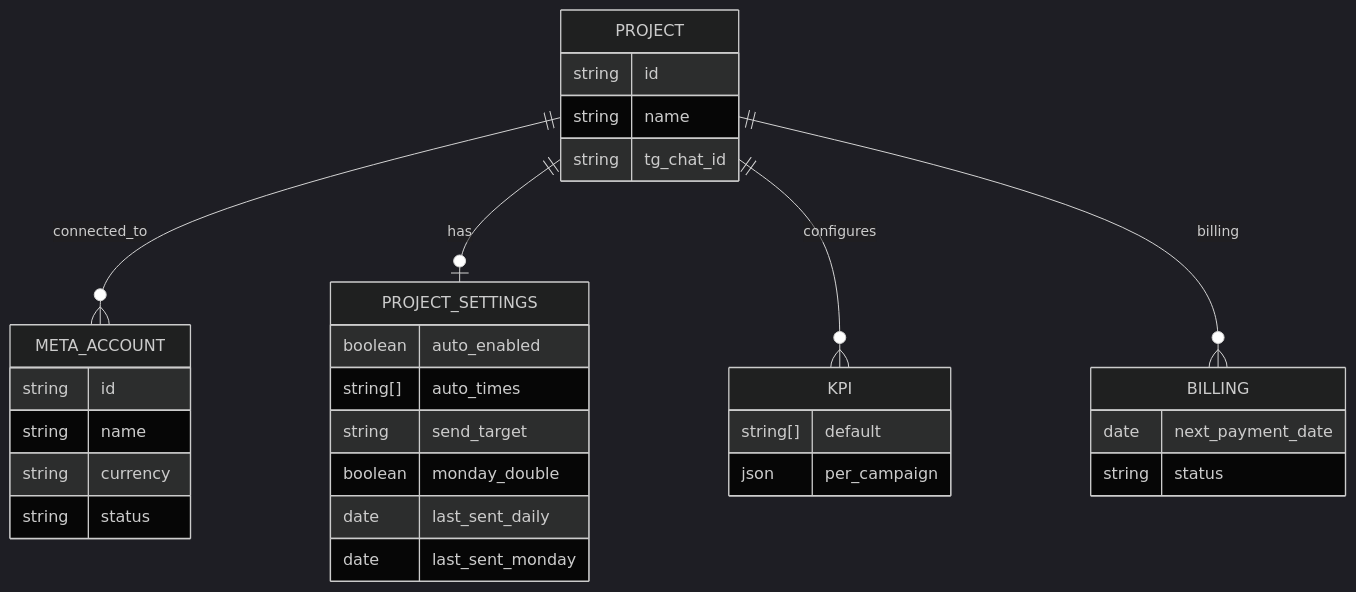
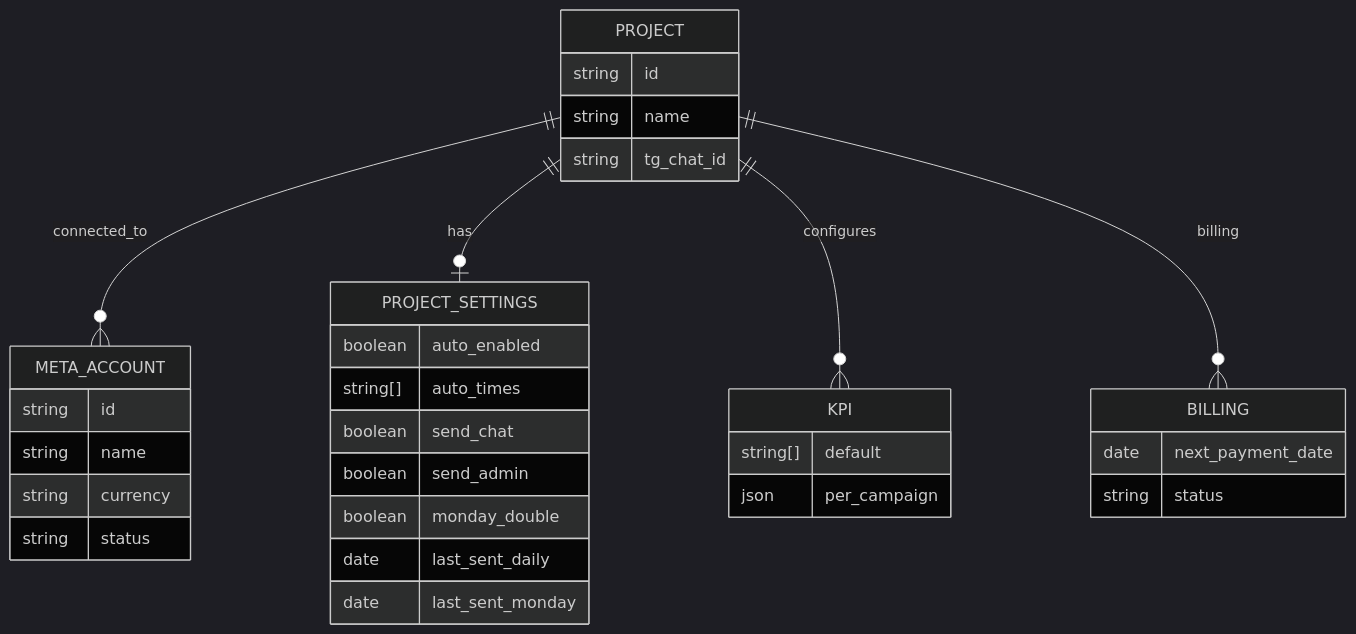
One commit to buyclientuz-pixel/targetbot changed the first of 2 diagrams in SPEC-AUTO-REPORT-v3.md. Above: the diagram before and after it, drawn with Mermaid (dark theme). The commit also changed other lines of this file and 19 other files, not shown here.

````diff
--- a/SPEC-AUTO-REPORT-v3.md
+++ b/SPEC-AUTO-REPORT-v3.md
@@ -52,40 +52,41 @@
 ```mermaid
 erDiagram
 
     PROJECT ||--o{ META_ACCOUNT : "connected_to"
     PROJECT {
         string id
         string name
         string tg_chat_id
     }
 
     META_ACCOUNT {
         string id
         string name
         string currency
         string status
     }
 
     PROJECT ||--o| PROJECT_SETTINGS : "has"
     PROJECT_SETTINGS {
         boolean auto_enabled
         string[] auto_times
-        string send_target
+        boolean send_chat
+        boolean send_admin
         boolean monday_double
         date last_sent_daily
         date last_sent_monday
     }
 
     PROJECT ||--o{ KPI : "configures"
     KPI {
         string[] default
         json per_campaign
     }
 
     PROJECT ||--o{ BILLING : "billing"
     BILLING {
         date next_payment_date
         string status
     }
 
 ```
````
